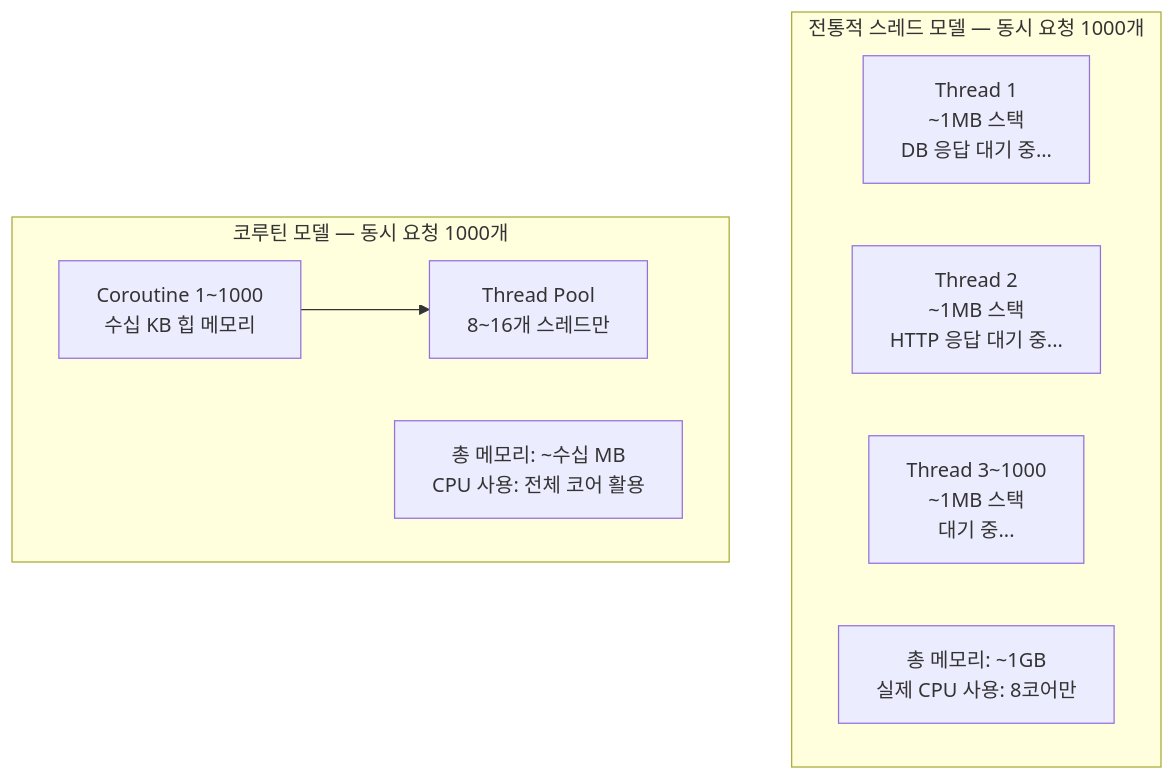
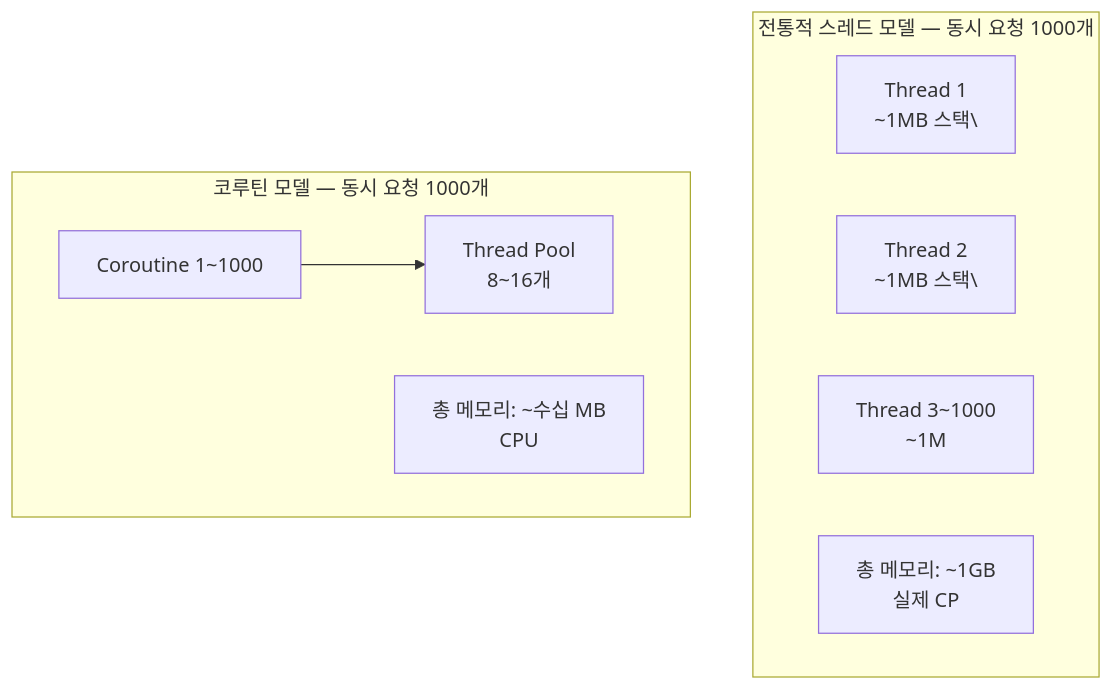
Before and after one commit to yjkim2015/yjkim2015.github.io: the first of 4 diagrams in _posts/kotlin/2026-05-02-kotlin-coroutines.md, drawn with Mermaid. The commit also changed other lines of this file and 271 other files, not shown here.

First line of the commit message:
Mermaid 라벨 축소: 긴 노드 텍스트 18자 이하로 트림 + \n 제거

````diff
--- a/_posts/kotlin/2026-05-02-kotlin-coroutines.md
+++ b/_posts/kotlin/2026-05-02-kotlin-coroutines.md
@@ -24,15 +24,15 @@
 ```mermaid
 graph TD
     subgraph "전통적 스레드 모델 — 동시 요청 1000개"
-        T1["Thread 1\n~1MB 스택\nDB 응답 대기 중..."]
-        T2["Thread 2\n~1MB 스택\nHTTP 응답 대기 중..."]
-        T3["Thread 3~1000\n~1MB 스택\n대기 중..."]
-        Mem1["총 메모리: ~1GB\n실제 CPU 사용: 8코어만"]
+        T1["Thread 1\n~1MB 스택\"]
+        T2["Thread 2\n~1MB 스택\"]
+        T3["Thread 3~1000\n~1M"]
+        Mem1["총 메모리: ~1GB\n실제 CP"]
     end
     subgraph "코루틴 모델 — 동시 요청 1000개"
-        C1["Coroutine 1~1000\n수십 KB 힙 메모리"]
-        Pool["Thread Pool\n8~16개 스레드만"]
+        C1["Coroutine 1~1000\n"]
+        Pool["Thread Pool\n8~16개"]
         C1 --> Pool
-        Mem2["총 메모리: ~수십 MB\nCPU 사용: 전체 코어 활용"]
+        Mem2["총 메모리: ~수십 MB\nCPU"]
     end
 ```
````
